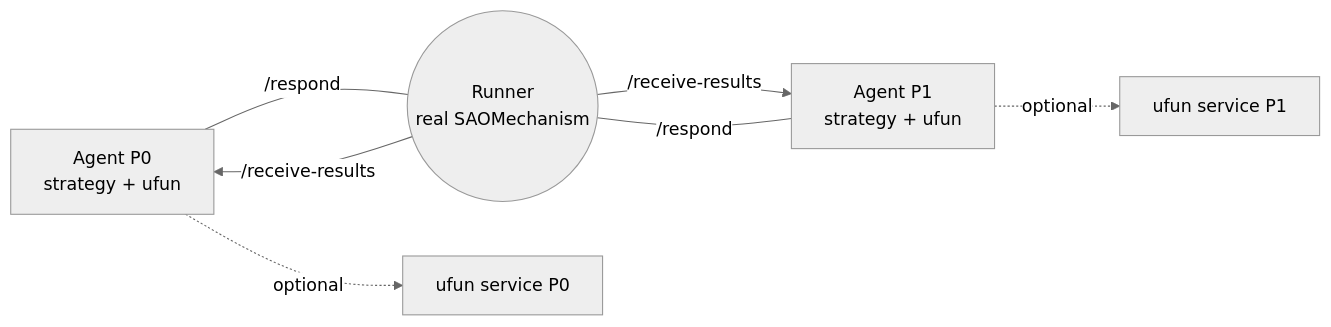
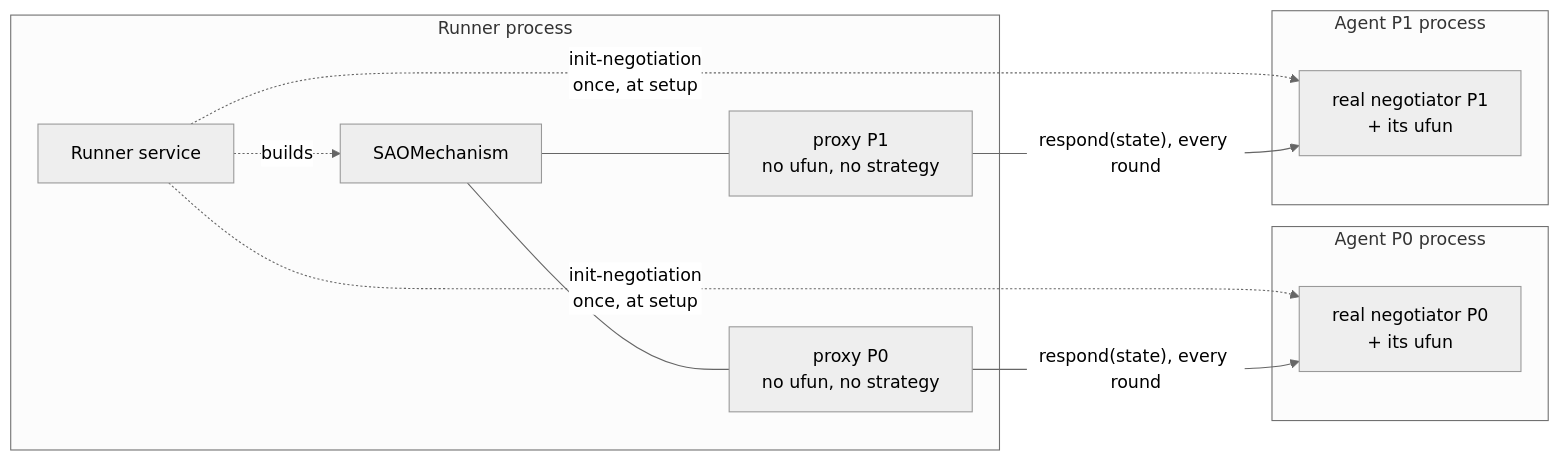
The second of 2 diagrams in docs/index.md (yasserfarouk/negmasd), drawn with Mermaid (neutral theme) before and after one commit. The commit also changed other lines of this file and 6 other files, not shown here.

````diff
--- a/docs/index.md
+++ b/docs/index.md
@@ -21,9 +49,20 @@
 ```mermaid
 flowchart LR
-    A0[Agent P0<br/>strategy + ufun] -- "/respond" --- R((Runner<br/>real SAOMechanism))
-    A1[Agent P1<br/>strategy + ufun] -- "/respond" --- R
-    A0 -. optional .-> U0[ufun service P0]
-    A1 -. optional .-> U1[ufun service P1]
-    R -- "/receive-results" --> A0
-    R -- "/receive-results" --> A1
+    subgraph P0["Agent P0 process"]
+      N0["real negotiator P0<br/>+ its ufun"]
+    end
+    subgraph RUN["Runner process"]
+      RS["Runner service"]
+      M["SAOMechanism"]
+      M --- X0["proxy P0<br/>no ufun, no strategy"]
+      M --- X1["proxy P1<br/>no ufun, no strategy"]
+      RS -. builds .-> M
+    end
+    subgraph P1["Agent P1 process"]
+      N1["real negotiator P1<br/>+ its ufun"]
+    end
+    RS -. "init-negotiation<br/>once, at setup" .-> N0
+    RS -. "init-negotiation<br/>once, at setup" .-> N1
+    X0 -- "respond(state), every round" --> N0
+    X1 -- "respond(state), every round" --> N1
 ```
````
